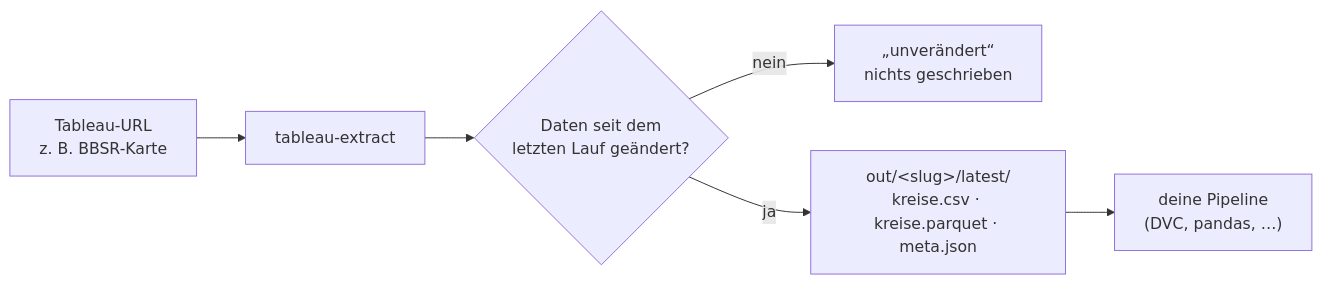
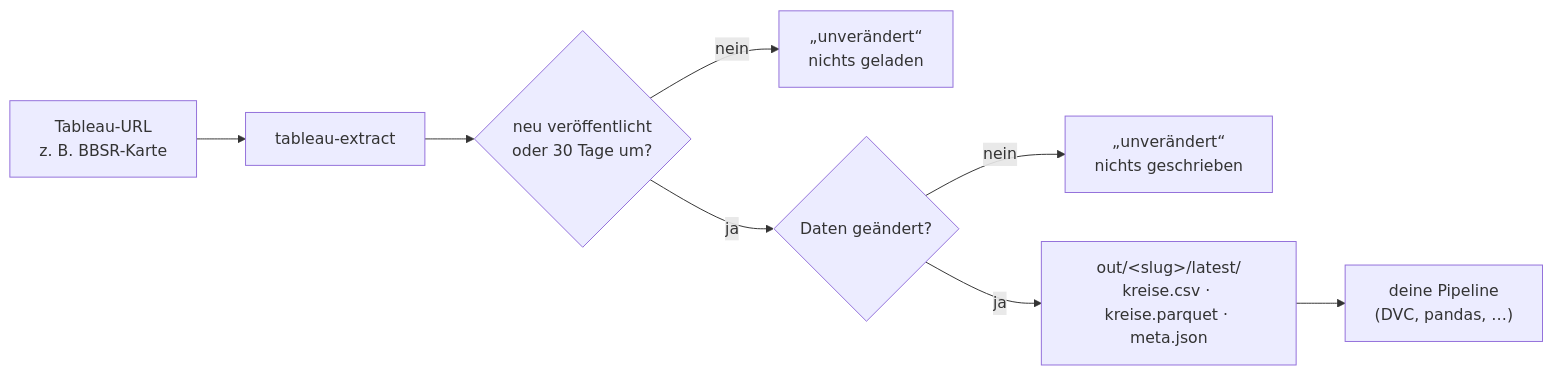
One commit to trosinde/tableau-extract changed the first of 2 diagrams in README.md. Above: the diagram before and after it, drawn with Mermaid. The commit also changed other lines of this file and 4 other files, not shown here.

````diff
--- a/README.md
+++ b/README.md
@@ -9,8 +10,10 @@
 ```mermaid
 flowchart LR
     URL["Tableau-URL<br/>z. B. BBSR-Karte"] --> TE["tableau-extract"]
-    TE --> Q{"Daten seit dem<br/>letzten Lauf geändert?"}
+    TE --> V{"neu veröffentlicht<br/>oder 30 Tage um?"}
+    V -->|nein| N0["„unverändert“<br/>nichts geladen"]
+    V -->|ja| Q{"Daten geändert?"}
     Q -->|nein| N["„unverändert“<br/>nichts geschrieben"]
     Q -->|ja| OUT["out/&lt;slug&gt;/latest/<br/>kreise.csv · kreise.parquet · meta.json"]
     OUT --> PIPE["deine Pipeline<br/>(DVC, pandas, …)"]
 ```
````
